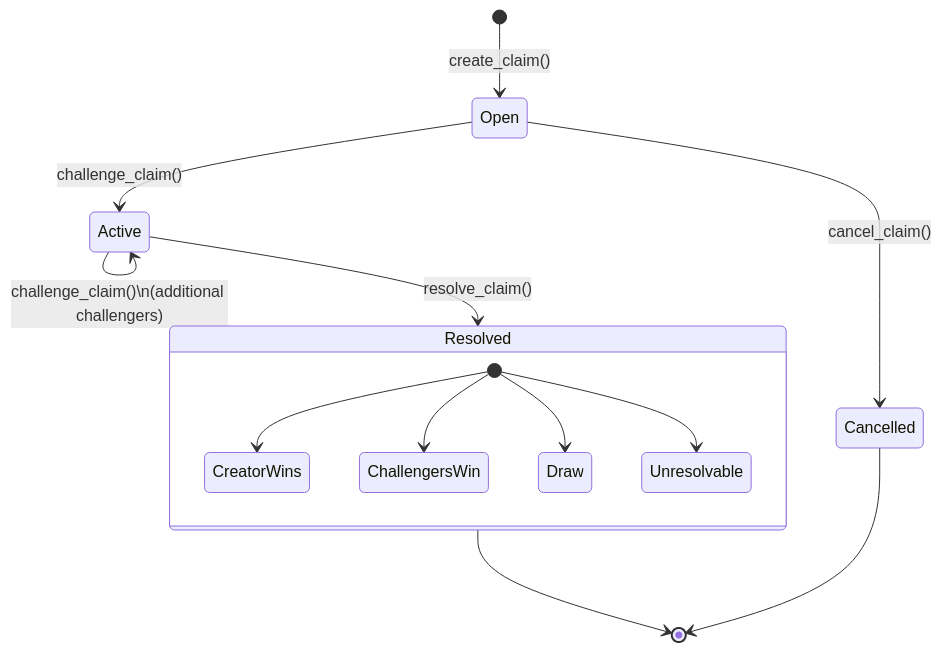
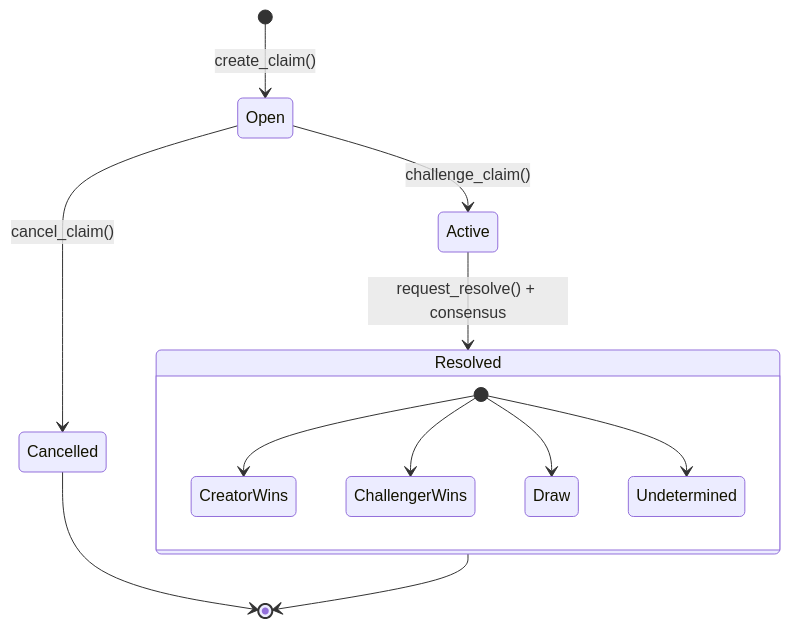
One commit to proven-xyz/proven-app changed the second of 4 diagrams in README.md. Above: the diagram before and after it, drawn with Mermaid. The commit also changed other lines of this file and 1 other file, not shown here.

````diff
--- a/README.md
+++ b/README.md
@@ -179,17 +177,16 @@
 ```mermaid
 stateDiagram-v2
     [*] --> Open: create_claim()
     Open --> Active: challenge_claim()
     Open --> Cancelled: cancel_claim()
-    Active --> Active: challenge_claim()\n(additional challengers)
-    Active --> Resolved: resolve_claim()
+    Active --> Resolved: request_resolve() + consensus
     Resolved --> [*]
     Cancelled --> [*]
 
     state Resolved {
         [*] --> CreatorWins
-        [*] --> ChallengersWin
+        [*] --> ChallengerWins
         [*] --> Draw
-        [*] --> Unresolvable
+        [*] --> Undetermined
     }
 ```
````
